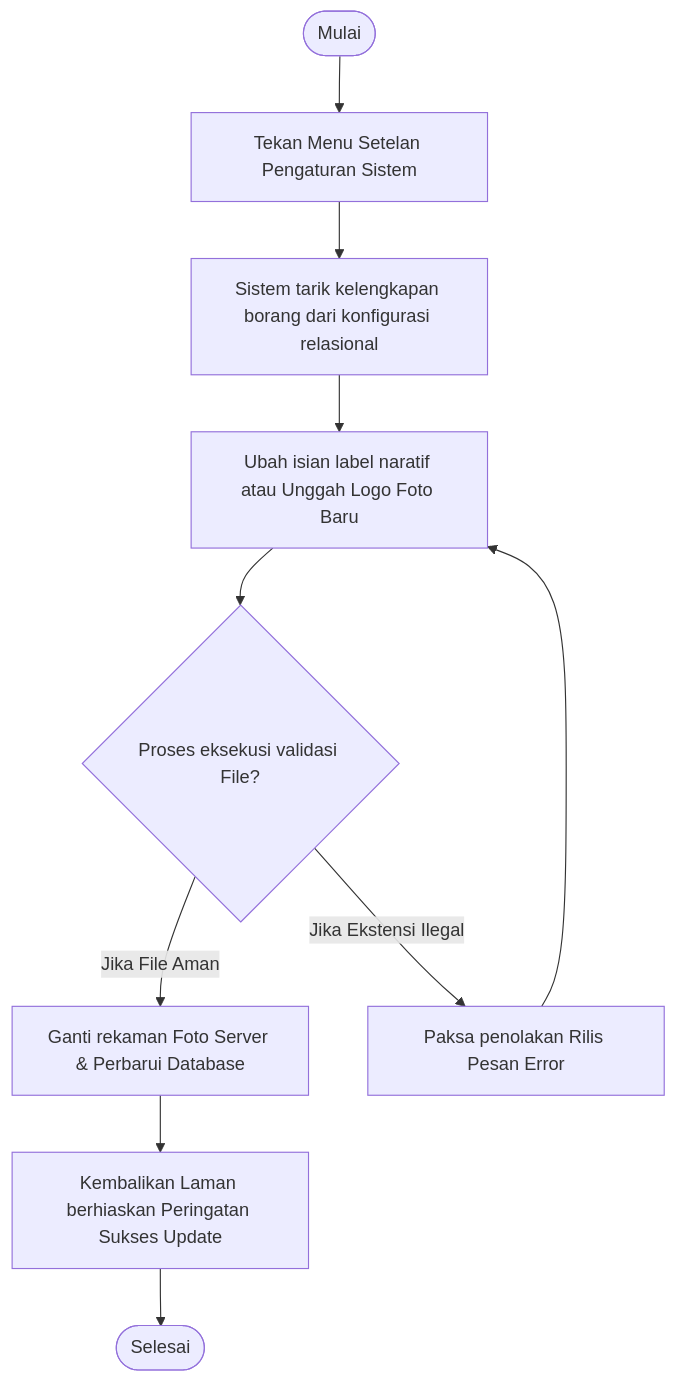
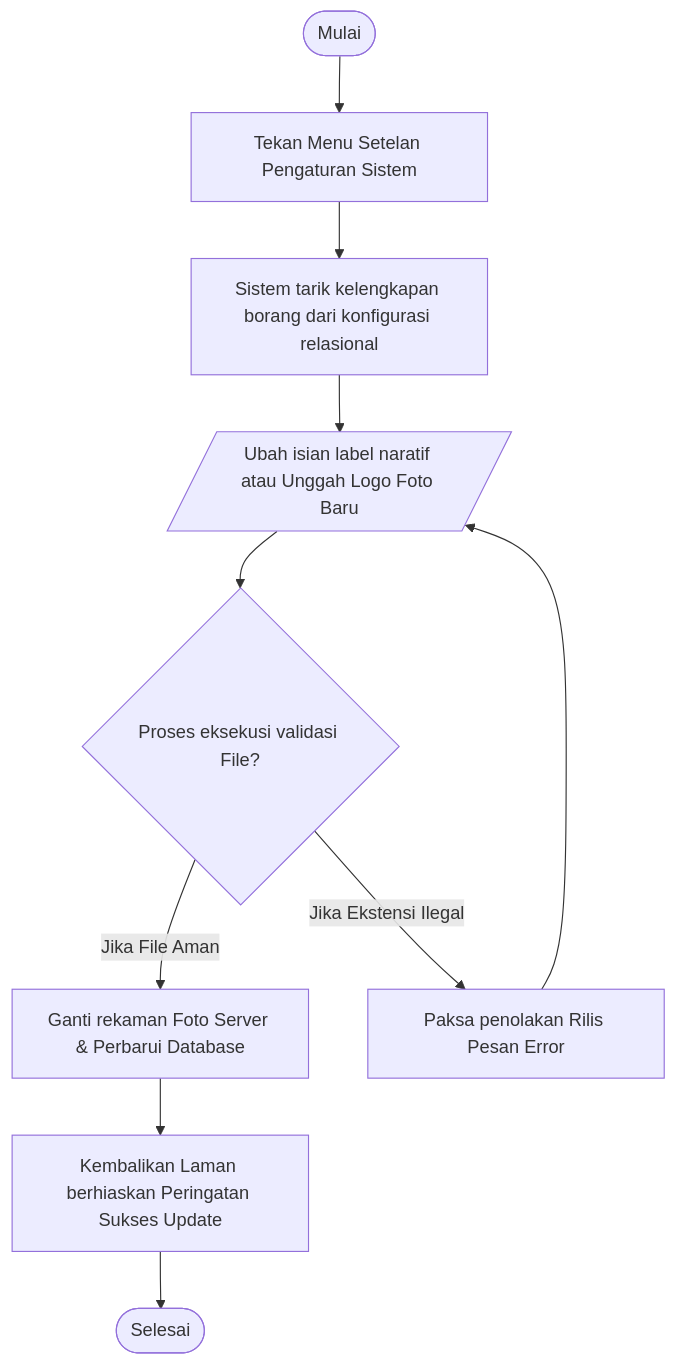
One commit to arbain-dev/Web_fikom changed the fourth of 4 diagrams in docs/kumpulan_activity_admin.md. Above: the diagram before and after it, drawn with Mermaid. The commit also changed other lines of this file and 2 other files, not shown here.

Commit message:
docs: perbaiki bentuk IO pada flowchart

````diff
--- a/docs/kumpulan_activity_admin.md
+++ b/docs/kumpulan_activity_admin.md
@@ -88,15 +88,15 @@
 ```mermaid
 flowchart TD
     A([Mulai]) --> B[Tekan Menu Setelan Pengaturan Sistem]
     B --> C[Sistem tarik kelengkapan borang dari konfigurasi relasional]
-    C --> D[Ubah isian label naratif atau Unggah Logo Foto Baru]
+    C --> D[/Ubah isian label naratif atau Unggah Logo Foto Baru/]
     D --> E{Proses eksekusi validasi File?}
     
     E -- Jika File Aman --> F[Ganti rekaman Foto Server & Perbarui Database]
     E -- Jika Ekstensi Ilegal --> G[Paksa penolakan Rilis Pesan Error]
     
     F --> H[Kembalikan Laman berhiaskan Peringatan Sukses Update]
     G --> D
     
     H --> I([Selesai])
 ```
````
